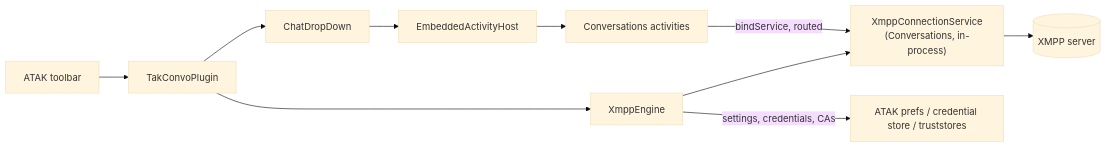
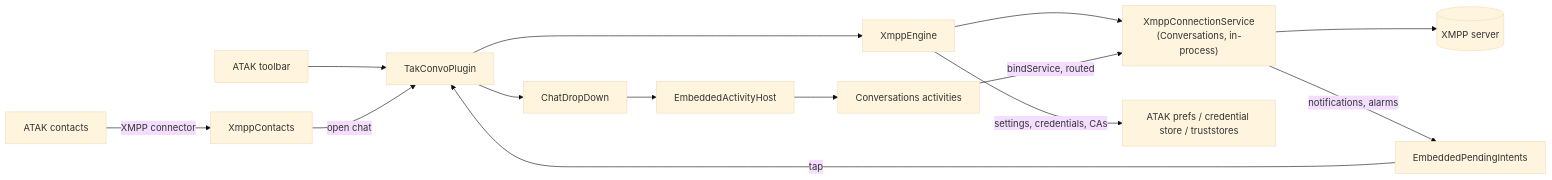
Before and after one commit to besteffortdev/TAK-Convo: the diagram in README.md, drawn with Mermaid (base theme). The commit also changed other lines of this file and 20 other files, not shown here.

````diff
--- a/README.md
+++ b/README.md
@@ -50,8 +60,10 @@
 ```mermaid
 flowchart LR
     TB["ATAK toolbar"] --> P["TakConvoPlugin"]
     P --> E["XmppEngine"] --> S["XmppConnectionService<br/>(Conversations, in-process)"] --> X[("XMPP server")]
     P --> D["ChatDropDown"] --> H["EmbeddedActivityHost"] --> A["Conversations activities"]
     A -->|bindService, routed| S
     E -->|settings, credentials, CAs| AT["ATAK prefs / credential store / truststores"]
+    CL["ATAK contacts"] -->|XMPP connector| C["XmppContacts"] -->|open chat| P
+    S -->|notifications, alarms| N["EmbeddedPendingIntents"] -->|tap| P
 ```
````
